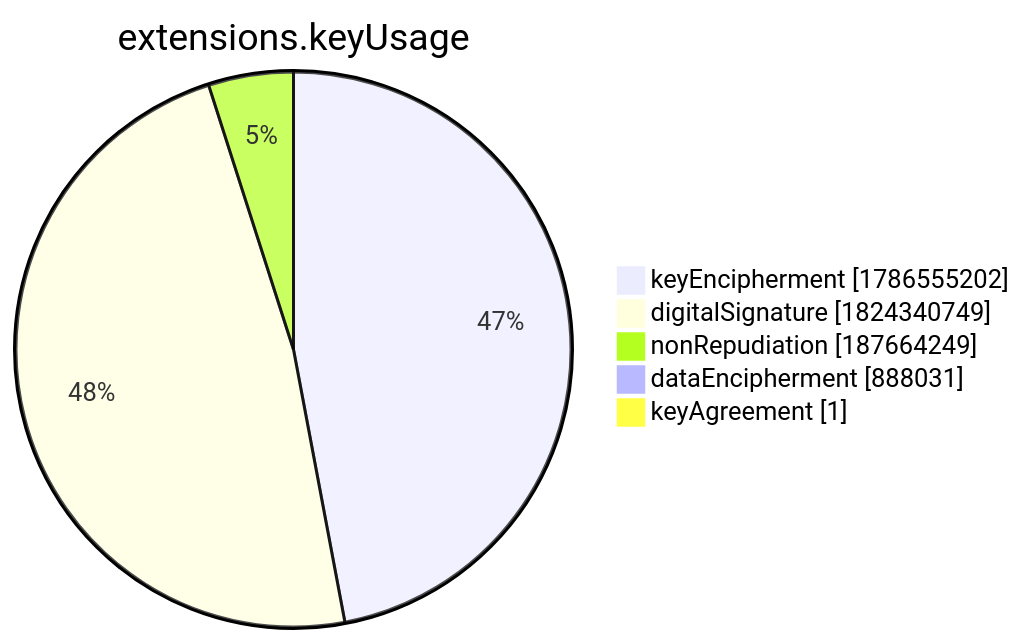
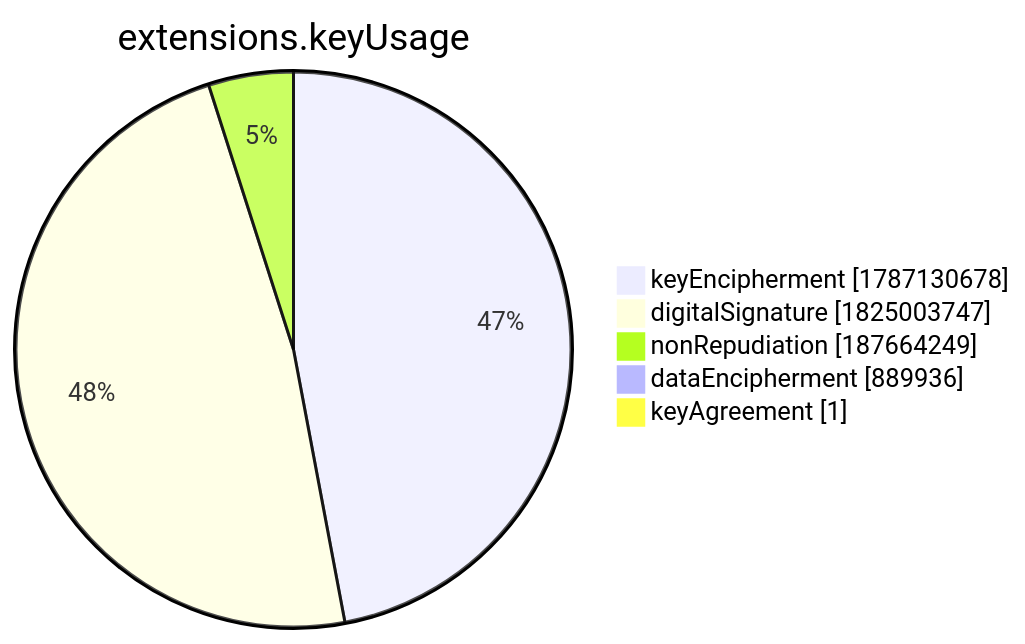
Before and after one commit to christiankrug/ctmonitor_visualization: the seventh of 15 diagrams in xenon2022/README.md, drawn with Mermaid. The commit also changed other lines of this file, not shown here.

````diff
--- a/xenon2022/README.md
+++ b/xenon2022/README.md
@@ -2859,9 +2859,9 @@
 ```mermaid
 pie showData
 title extensions.keyUsage
-"keyEncipherment" :1786555202
-"digitalSignature" :1824340749
+"keyEncipherment" :1787130678
+"digitalSignature" :1825003747
 "nonRepudiation" :187664249
-"dataEncipherment" :888031
+"dataEncipherment" :889936
 "keyAgreement" :1
 ```
````
